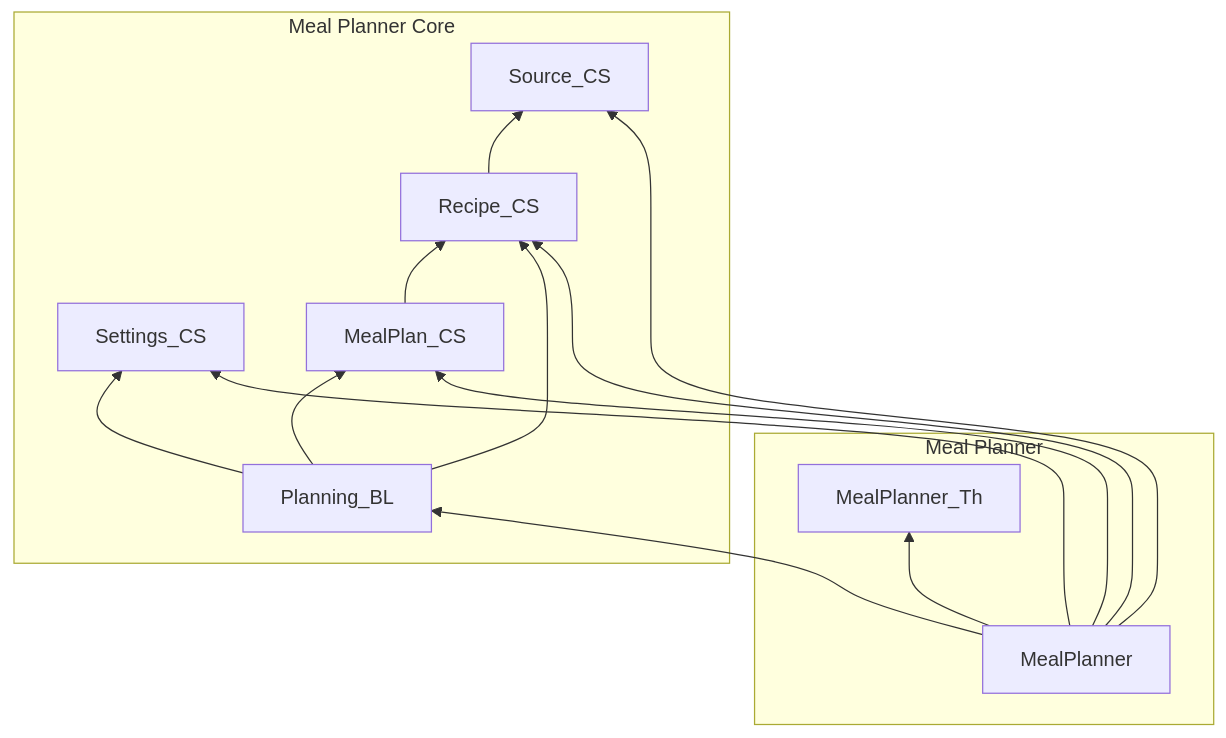
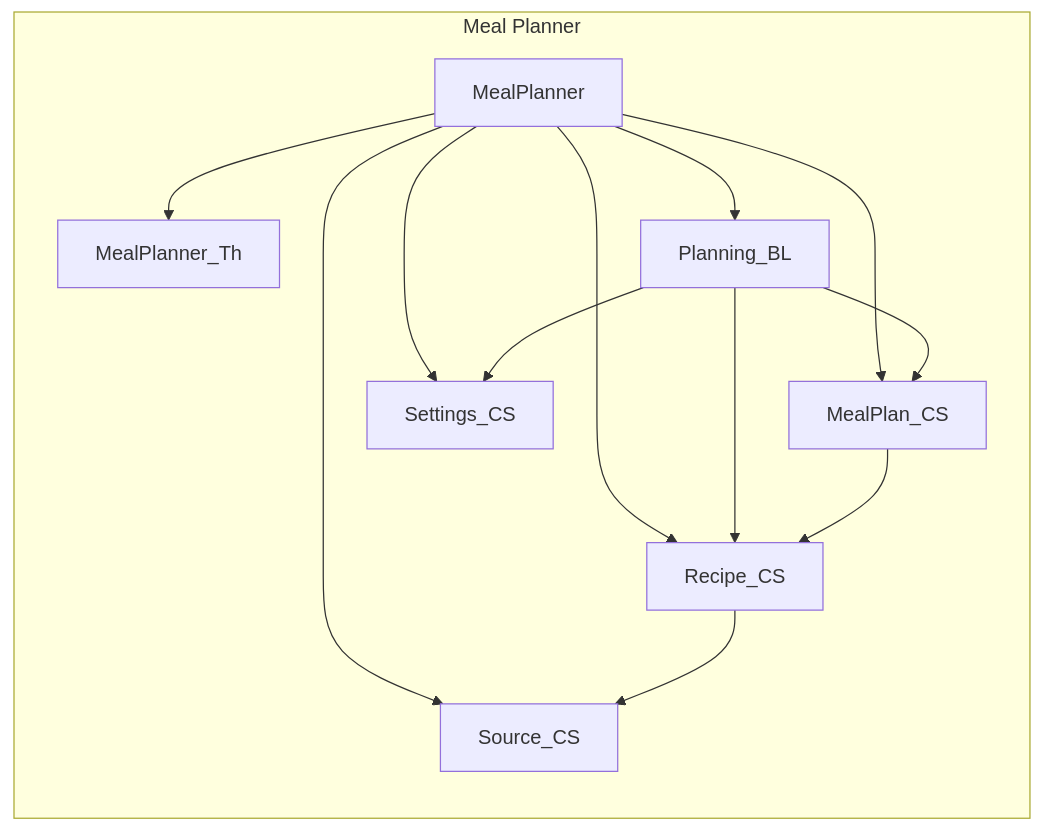
Before and after one commit to kensodemann-projects/meal-planner: the diagram in modules.md, drawn with Mermaid. The commit also changed other lines of this file and 1 other file, not shown here.

````diff
--- a/modules.md
+++ b/modules.md
@@ -49,25 +50,23 @@
 ```mermaid
 flowchart BT
-  subgraph endUser [Meal Planner]
+  subgraph app [Meal Planner]
     MealPlanner_Th
-    MealPlanner
-  end
-  subgraph core [Meal Planner Core]
     Source_CS
     Settings_CS
     Recipe_CS
     MealPlan_CS
     Planning_BL
+    MealPlanner
   end
   MealPlanner --> MealPlanner_Th
   MealPlanner --> Planning_BL
   MealPlanner --> Recipe_CS
   MealPlanner --> MealPlan_CS
   MealPlanner --> Settings_CS
   MealPlanner --> Source_CS
   Planning_BL --> Settings_CS
   Planning_BL --> MealPlan_CS
   Planning_BL --> Recipe_CS
   MealPlan_CS --> Recipe_CS
   Recipe_CS --> Source_CS
 ```
````
